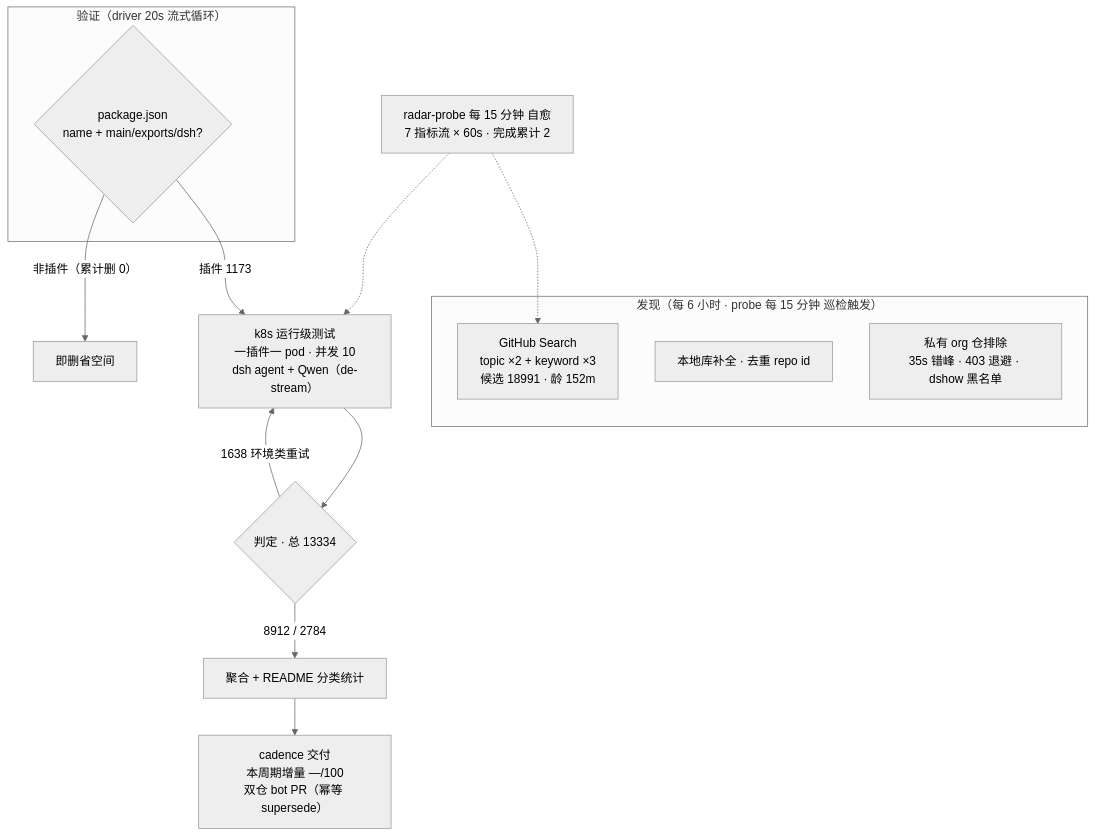
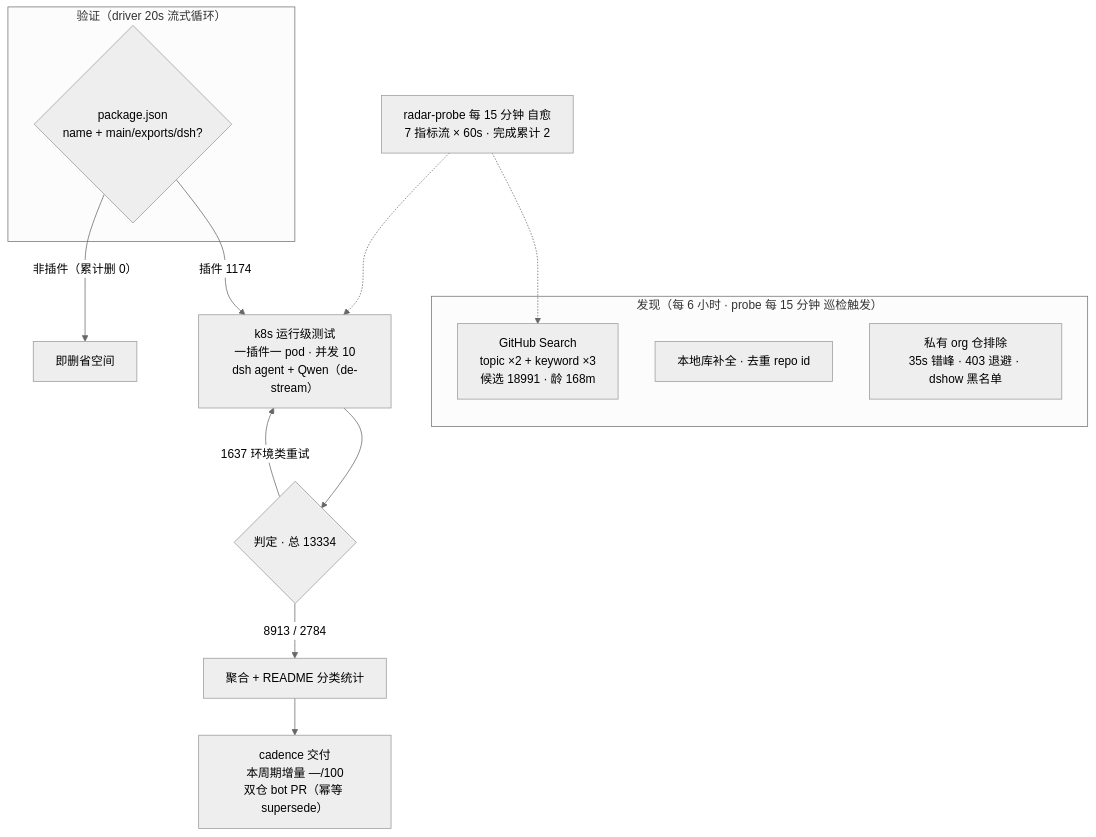
The diagram in README.md (Zhidao-Lab-OSS/awesome-dsh-plugins), drawn with Mermaid (neutral theme) before and after one commit. The commit also changed other lines of this file and 1 other file, not shown here.

````diff
--- a/README.md
+++ b/README.md
@@ -59,20 +60,20 @@
 ```mermaid
 flowchart TB
     subgraph Discovery["发现（每 6 小时 · probe 每 15 分钟 巡检触发）"]
-        A1["GitHub Search<br/>topic ×2 + keyword ×3<br/>候选 18991 · 龄 152m"]
+        A1["GitHub Search<br/>topic ×2 + keyword ×3<br/>候选 18991 · 龄 168m"]
         A2["本地库补全 · 去重 repo id"]
         A3["私有 org 仓排除<br/>35s 错峰 · 403 退避 · dshow 黑名单"]
     end
     subgraph Validation["验证（driver 20s 流式循环）"]
         B1{"package.json<br/>name + main/exports/dsh?"}
     end
-    B1 -->|"插件 1173"| C1["k8s 运行级测试<br/>一插件一 pod · 并发 10<br/>dsh agent + Qwen（de-stream）"]
+    B1 -->|"插件 1174"| C1["k8s 运行级测试<br/>一插件一 pod · 并发 10<br/>dsh agent + Qwen（de-stream）"]
     B1 -->|"非插件（累计删 0）"| B3["即删省空间"]
     C1 --> D1{"判定 · 总 13334"}
-    D1 -->|"8912 / 2784"| E1["聚合 + README 分类统计"]
-    D1 -->|"1638 环境类重试"| C1
+    D1 -->|"8913 / 2784"| E1["聚合 + README 分类统计"]
+    D1 -->|"1637 环境类重试"| C1
     E1 --> E2["cadence 交付<br/>本周期增量 —/100<br/>双仓 bot PR（幂等 supersede）"]
     M["radar-probe 每 15 分钟 自愈<br/>7 指标流 × 60s · 完成累计 2"]
     M -.-> A1
     M -.-> C1
 ```
````
